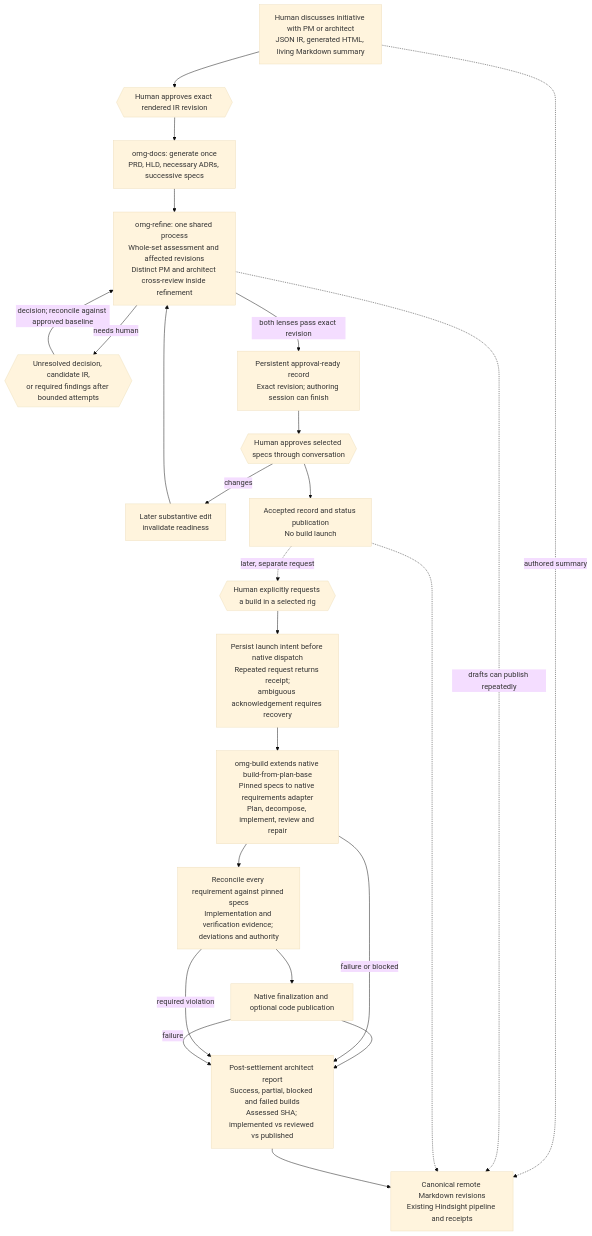
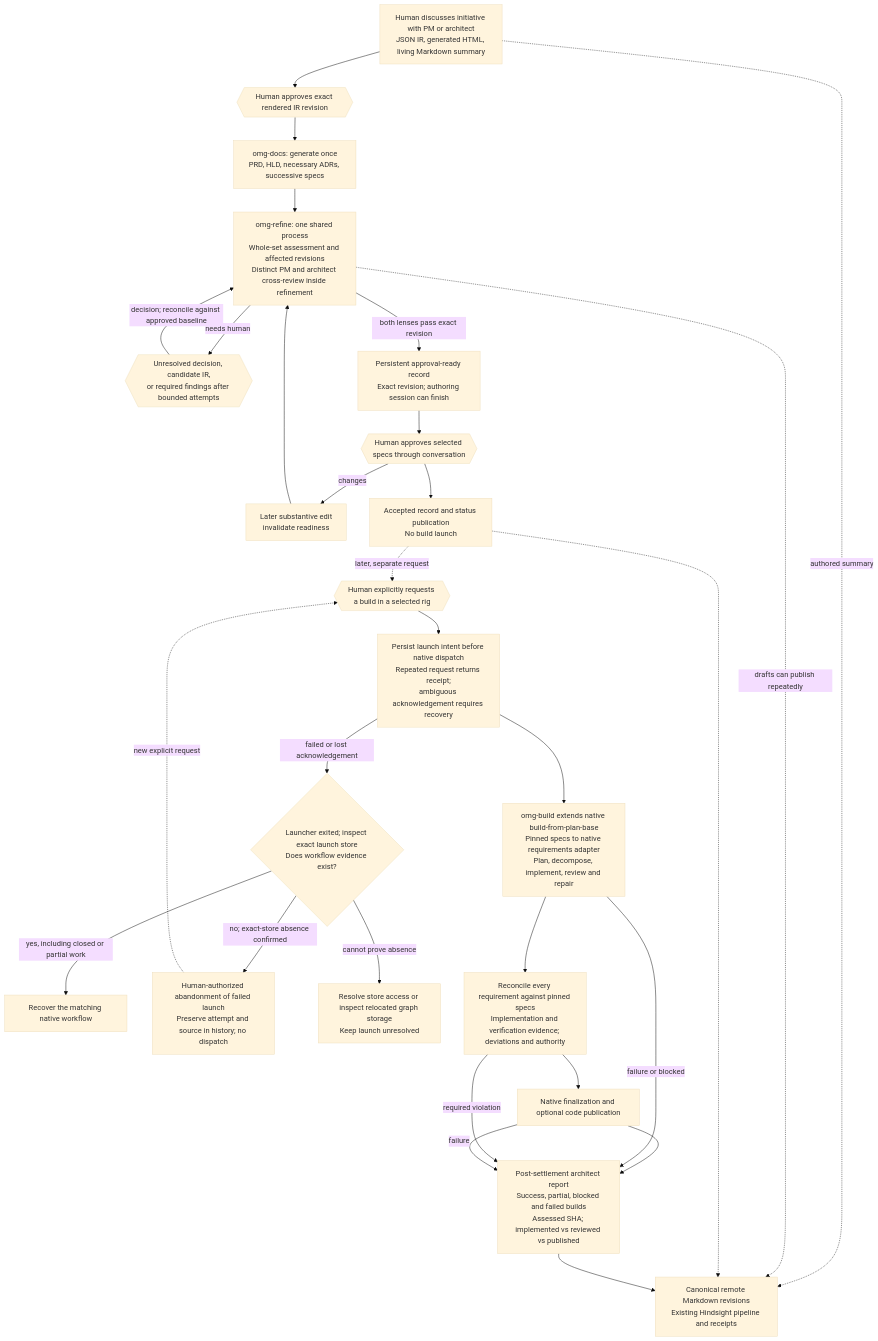
One commit to Toady00/open-mardi-gras changed the first of 15 diagrams in omg_flowchart.md. Above: the diagram before and after it, drawn with Mermaid (base theme). The commit also changed other lines of this file and 8 other files, not shown here.

First line of the commit message:
Fix workflow checks and failed launch recovery

````diff
--- a/omg_flowchart.md
+++ b/omg_flowchart.md
@@ -19,35 +19,44 @@
 ```mermaid
 flowchart TD
     TALK["Human discusses initiative with PM or architect<br/>JSON IR, generated HTML, living Markdown summary"]
     IR{{"Human approves exact rendered IR revision"}}
     INITIAL["omg-docs: generate once<br/>PRD, HLD, necessary ADRs, successive specs"]
     EDIT["Later substantive edit<br/>invalidate readiness"]
     REFINE["omg-refine: one shared process<br/>Whole-set assessment and affected revisions<br/>Distinct PM and architect cross-review inside refinement"]
     NEED{{"Unresolved decision, candidate IR,<br/>or required findings after bounded attempts"}}
     QUEUE["Persistent approval-ready record<br/>Exact revision; authoring session can finish"]
     SPECS{{"Human approves selected specs through conversation"}}
     ACCEPTED["Accepted record and status publication<br/>No build launch"]
     START{{"Human explicitly requests a build in a selected rig"}}
     INTENT["Persist launch intent before native dispatch<br/>Repeated request returns receipt;<br/>ambiguous acknowledgement requires recovery"]
+    RECOVER{"Launcher exited; inspect exact launch store<br/>Does workflow evidence exist?"}
+    BIND["Recover the matching native workflow"]
+    ABANDON["Human-authorized abandonment of failed launch<br/>Preserve attempt and source in history; no dispatch"]
+    INSPECT["Resolve store access or inspect relocated graph storage<br/>Keep launch unresolved"]
     NATIVE["omg-build extends native build-from-plan-base<br/>Pinned specs to native requirements adapter<br/>Plan, decompose, implement, review and repair"]
     RECON["Reconcile every requirement against pinned specs<br/>Implementation and verification evidence; deviations and authority"]
     FINAL["Native finalization and optional code publication"]
     REPORT["Post-settlement architect report<br/>Success, partial, blocked and failed builds<br/>Assessed SHA; implemented vs reviewed vs published"]
     SHIP["Canonical remote Markdown revisions<br/>Existing Hindsight pipeline and receipts"]
     TALK --> IR --> INITIAL --> REFINE
     EDIT --> REFINE
     REFINE -->|"needs human"| NEED
     NEED -->|"decision; reconcile against approved baseline"| REFINE
     REFINE -->|"both lenses pass exact revision"| QUEUE
     QUEUE --> SPECS --> ACCEPTED
     SPECS -->|"changes"| EDIT
     ACCEPTED -.->|"later, separate request"| START
     START --> INTENT --> NATIVE --> RECON --> FINAL --> REPORT
+    INTENT -->|"failed or lost acknowledgement"| RECOVER
+    RECOVER -->|"yes, including closed or partial work"| BIND
+    RECOVER -->|"no; exact-store absence confirmed"| ABANDON
+    RECOVER -->|"cannot prove absence"| INSPECT
+    ABANDON -.->|"new explicit request"| START
     NATIVE -->|"failure or blocked"| REPORT
     RECON -->|"required violation"| REPORT
     FINAL -->|"failure"| REPORT
     TALK -.->|"authored summary"| SHIP
     REFINE -.->|"drafts can publish repeatedly"| SHIP
     ACCEPTED -.-> SHIP
     REPORT --> SHIP
 ```
````
